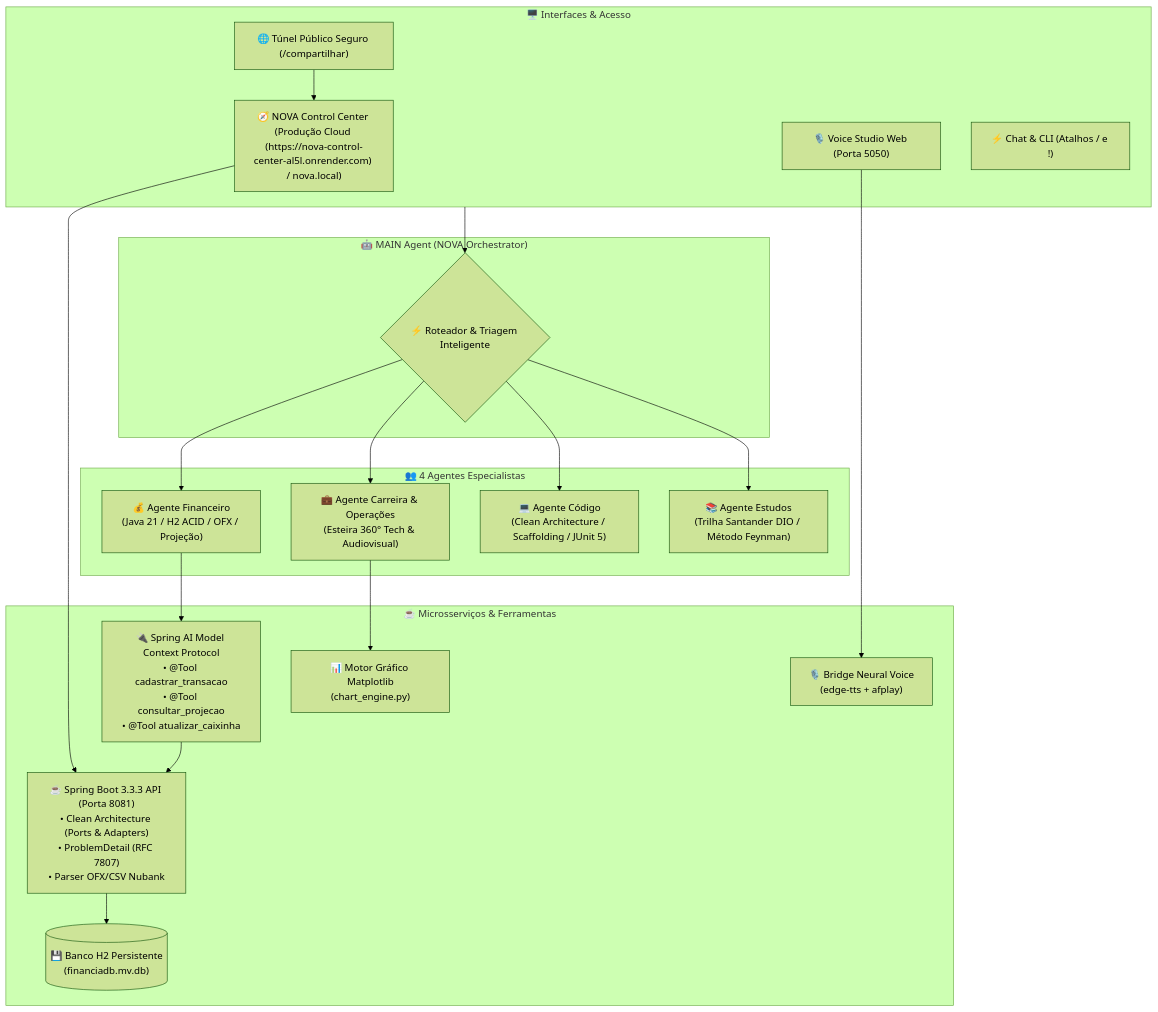
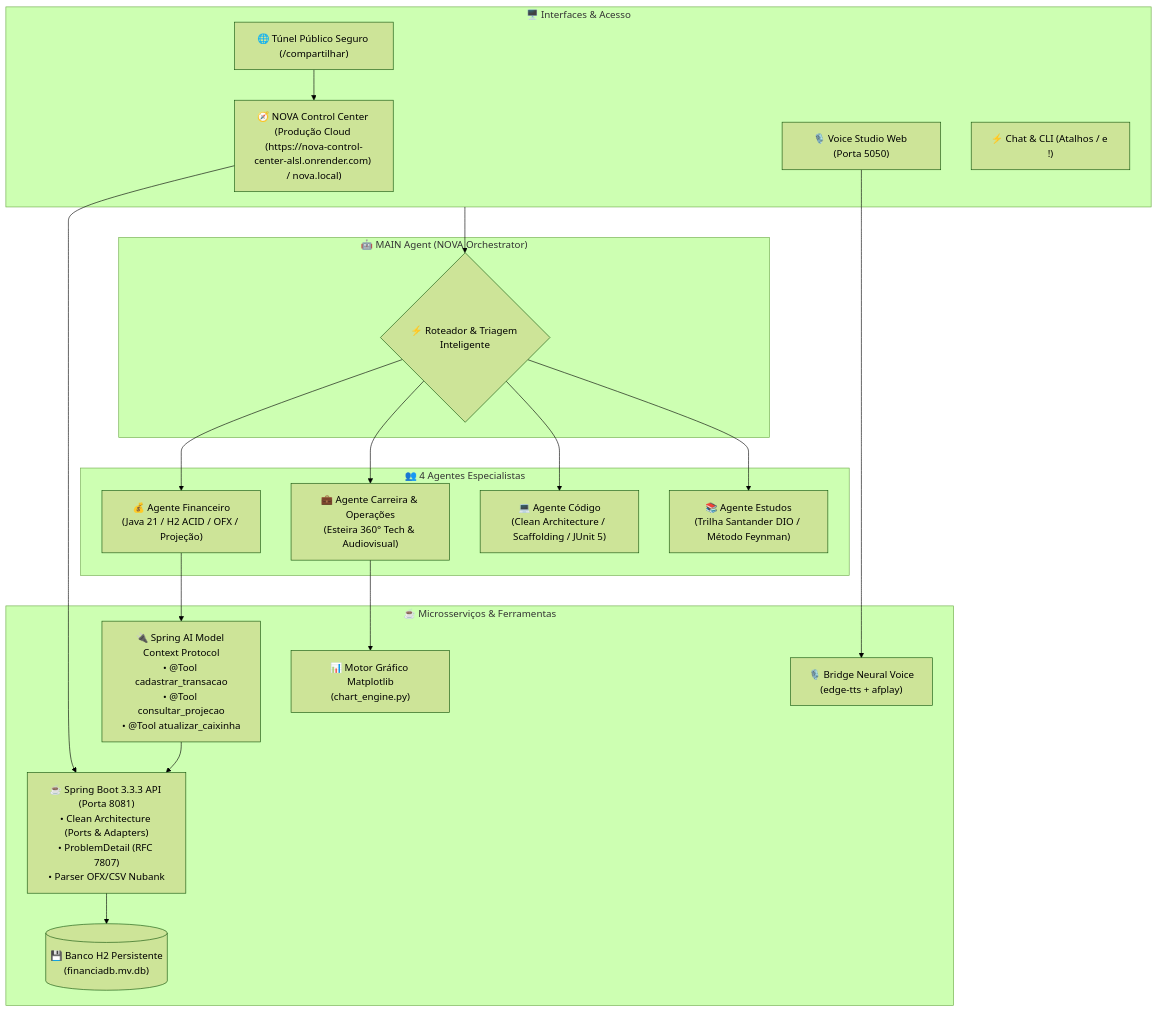
One commit to fabiorodrigues-tech-dev/NOVA changed the diagram in README.md. Above: the diagram before and after it, drawn with Mermaid (forest theme). The commit also changed other lines of this file and 7 other files, not shown here.

````diff
--- a/README.md
+++ b/README.md
@@ -47,42 +47,42 @@
 ```mermaid
 flowchart TD
     subgraph UI_Layer ["🖥️ Interfaces & Acesso"]
-        DASH["🧭 NOVA Control Center (Produção Cloud (https://nova-control-center-al5l.onrender.com) / nova.local)"]
+        DASH["🧭 NOVA Control Center (Produção Cloud (https://nova-control-center-alsl.onrender.com) / nova.local)"]
         VOICE_UI["🎙️ Voice Studio Web (Porta 5050)"]
         CLI["⚡ Chat & CLI (Atalhos / e !)"]
         TUNNEL["🌐 Túnel Público Seguro (/compartilhar)"]
     end
 
     subgraph Core_Agent ["🤖 MAIN Agent (NOVA Orchestrator)"]
         ROUTER{"⚡ Roteador & Triagem Inteligente"}
     end
 
     subgraph Specialized_Agents ["👥 4 Agentes Especialistas"]
         FINANCEIRO["💰 Agente Financeiro\n(Java 21 / H2 ACID / OFX / Projeção)"]
         CARREIRA["💼 Agente Carreira & Operações\n(Esteira 360° Tech & Audiovisual)"]
         CODIGO["💻 Agente Código\n(Clean Architecture / Scaffolding / JUnit 5)"]
         ESTUDOS["📚 Agente Estudos\n(Trilha Santander DIO / Método Feynman)"]
     end
 
     subgraph Backend_Services ["☕ Microsserviços & Ferramentas"]
         SPRING["☕ Spring Boot 3.3.3 API (Porta 8081)\n• Clean Architecture (Ports & Adapters)\n• ProblemDetail (RFC 7807)\n• Parser OFX/CSV Nubank"]
         MCP["🔌 Spring AI Model Context Protocol\n• @Tool cadastrar_transacao\n• @Tool consultar_projecao\n• @Tool atualizar_caixinha"]
         H2[("💾 Banco H2 Persistente\n(financiadb.mv.db)")]
         CHART["📊 Motor Gráfico Matplotlib\n(chart_engine.py)"]
         TTS["🎙️ Bridge Neural Voice\n(edge-tts + afplay)"]
     end
 
     UI_Layer --> ROUTER
     TUNNEL --> DASH
     ROUTER --> FINANCEIRO
     ROUTER --> CARREIRA
     ROUTER --> CODIGO
     ROUTER --> ESTUDOS
 
     FINANCEIRO --> MCP
     MCP --> SPRING
     SPRING --> H2
     CARREIRA --> CHART
     VOICE_UI --> TTS
     DASH --> SPRING
 ```
````
